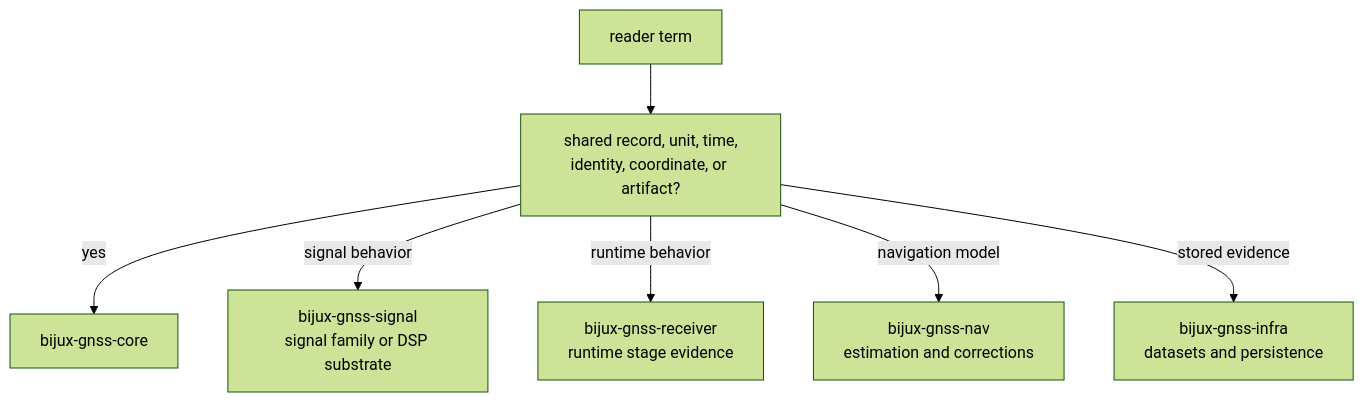
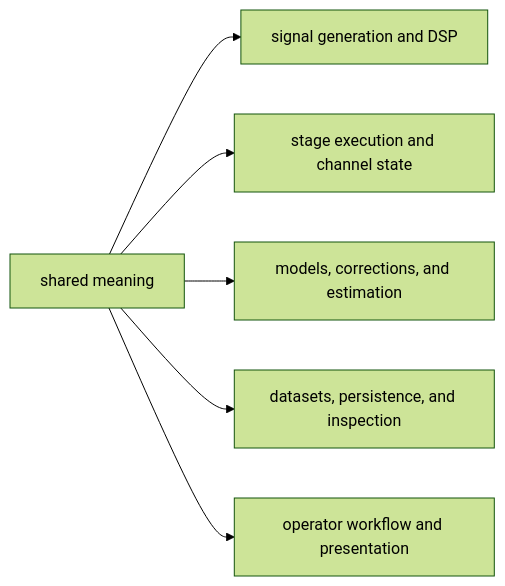
One commit to bijux/bijux-telecom changed the second of 2 diagrams in docs/02-bijux-gnss-core/foundation/glossary-routes.md. Above: the diagram before and after it, drawn with Mermaid (forest theme). The commit also changed other lines of this file and 1 other file, not shown here.

Commit message:
docs(core): connect vocabulary to contract evidence

````diff
--- a/docs/02-bijux-gnss-core/foundation/glossary-routes.md
+++ b/docs/02-bijux-gnss-core/foundation/glossary-routes.md
@@ -19,17 +90,15 @@
 ```mermaid
-flowchart TD
-    term["reader term"]
-    shared["shared record, unit, time,<br/>identity, coordinate, or artifact?"]
-    core["bijux-gnss-core"]
-    signal["bijux-gnss-signal<br/>signal family or DSP substrate"]
-    receiver["bijux-gnss-receiver<br/>runtime stage evidence"]
-    nav["bijux-gnss-nav<br/>estimation and corrections"]
-    infra["bijux-gnss-infra<br/>datasets and persistence"]
+flowchart LR
+    core["shared meaning"]
+    signal["signal generation and DSP"]
+    receiver["stage execution and channel state"]
+    nav["models, corrections, and estimation"]
+    infra["datasets, persistence, and inspection"]
+    command["operator workflow and presentation"]
 
-    term --> shared
-    shared -- yes --> core
-    shared -- signal behavior --> signal
-    shared -- runtime behavior --> receiver
-    shared -- navigation model --> nav
-    shared -- stored evidence --> infra
+    core --> signal
+    core --> receiver
+    core --> nav
+    core --> infra
+    core --> command
 ```
````
